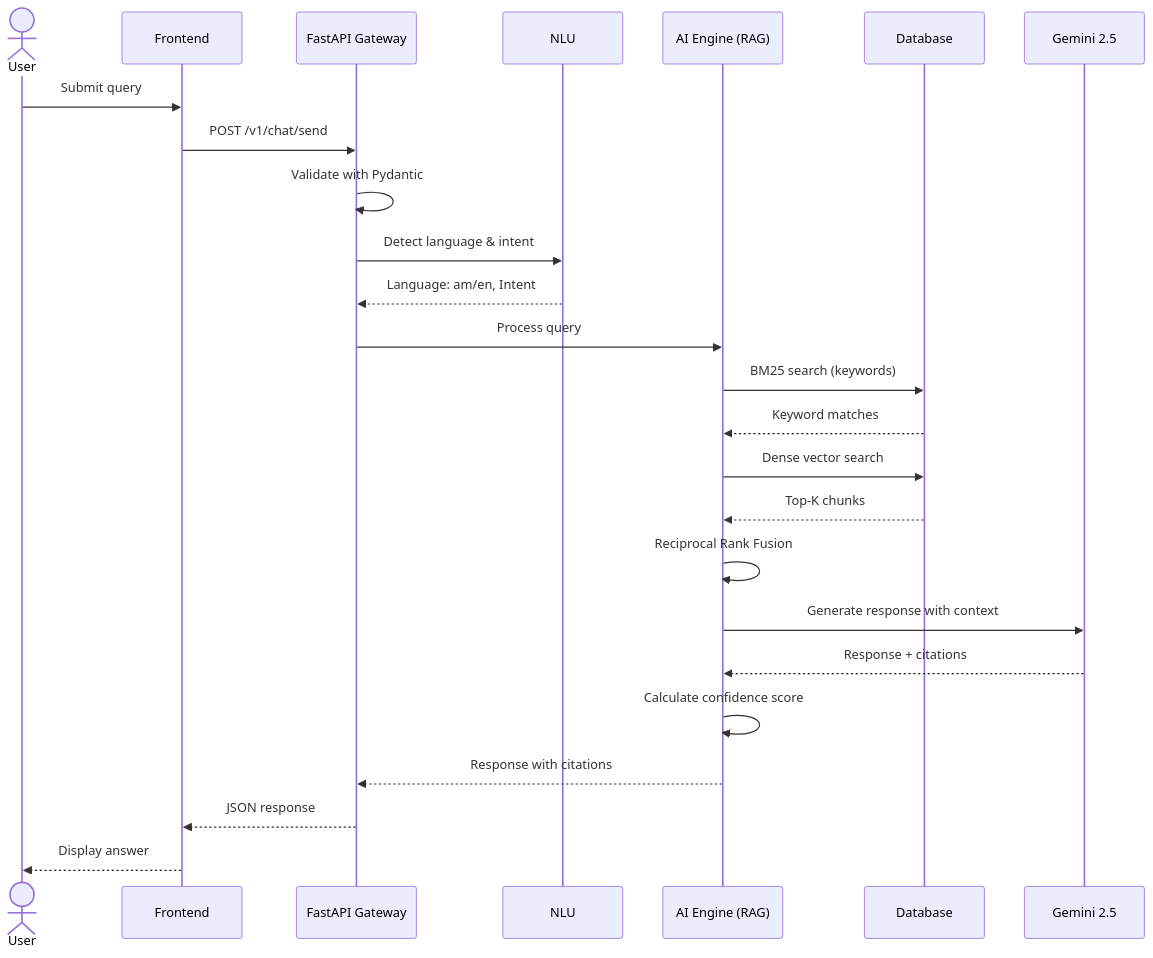
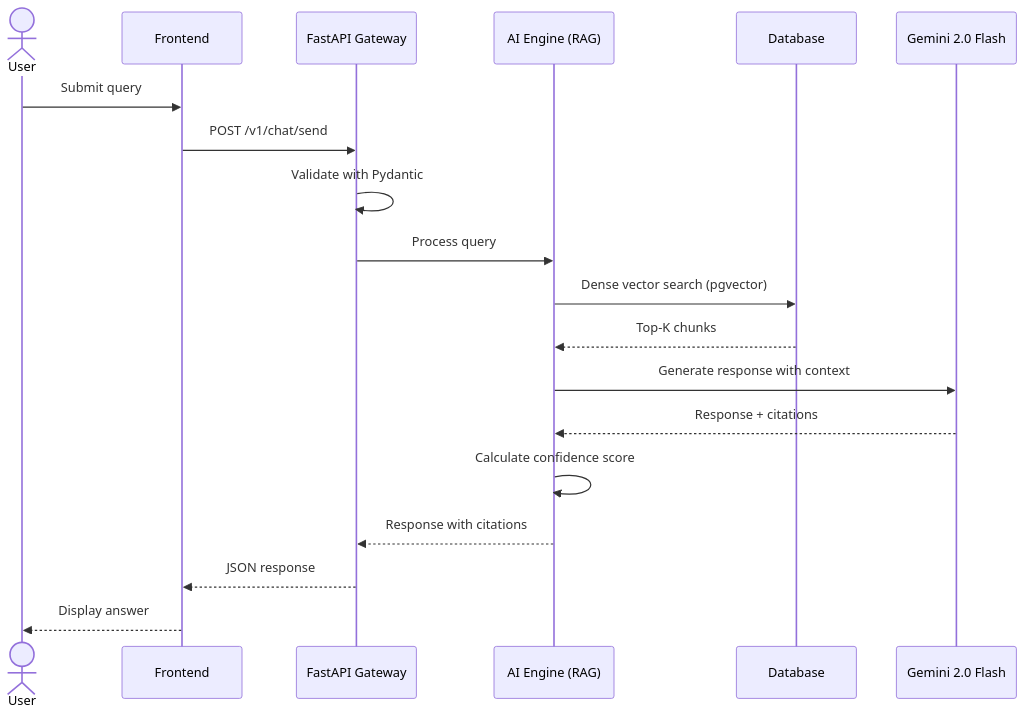
The second of 3 diagrams in ARCHITECTURE.md (Amanuel-Ayal3w/Awaqi), drawn with Mermaid before and after one commit. The commit also changed other lines of this file and 11 other files, not shown here.

First line of the commit message:
feat: Update architecture documentation and enhance backend functionality

````diff
--- a/ARCHITECTURE.md
+++ b/ARCHITECTURE.md
@@ -211,28 +197,22 @@
 ```mermaid
 sequenceDiagram
     actor User
     participant Frontend
     participant API as FastAPI Gateway
-    participant NLU
     participant RAG as AI Engine (RAG)
     participant DB as Database
-    participant LLM as Gemini 2.5
+    participant LLM as Gemini 2.0 Flash
     
     User->>Frontend: Submit query
     Frontend->>API: POST /v1/chat/send
     API->>API: Validate with Pydantic
-    API->>NLU: Detect language & intent
-    NLU-->>API: Language: am/en, Intent
     API->>RAG: Process query
-    RAG->>DB: BM25 search (keywords)
-    DB-->>RAG: Keyword matches
-    RAG->>DB: Dense vector search
+    RAG->>DB: Dense vector search (pgvector)
     DB-->>RAG: Top-K chunks
-    RAG->>RAG: Reciprocal Rank Fusion
     RAG->>LLM: Generate response with context
     LLM-->>RAG: Response + citations
     RAG->>RAG: Calculate confidence score
     RAG-->>API: Response with citations
     API-->>Frontend: JSON response
     Frontend-->>User: Display answer
 ```
````
